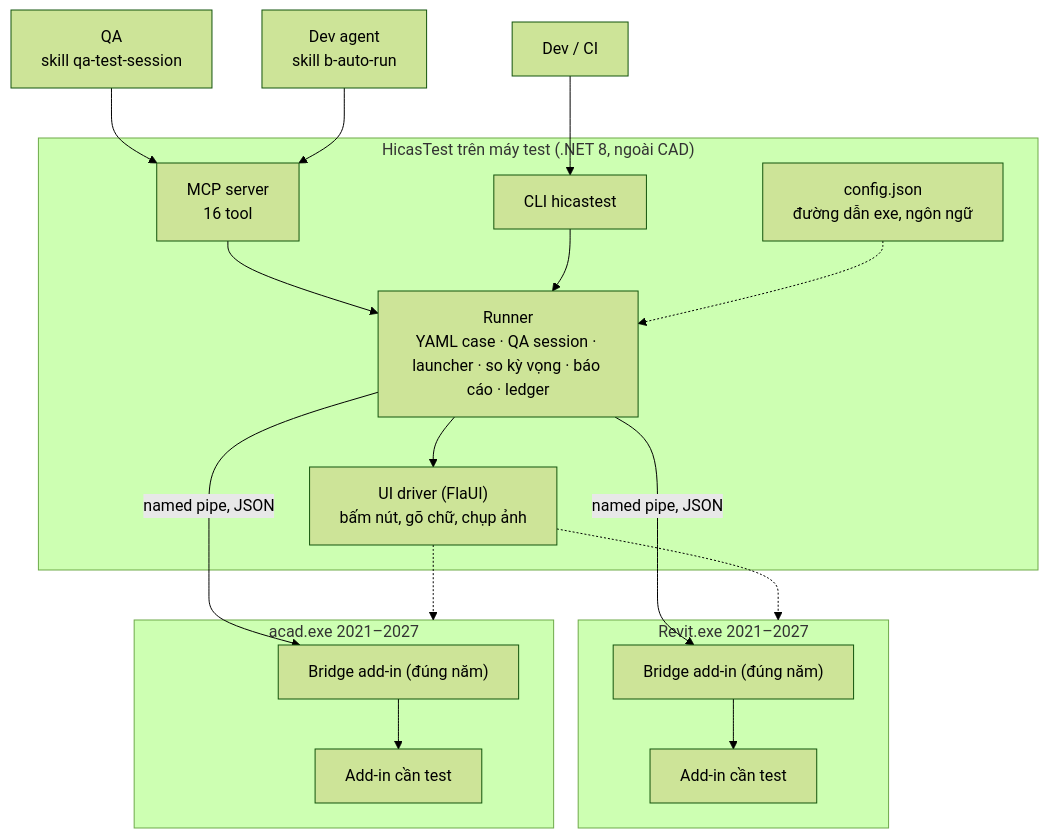
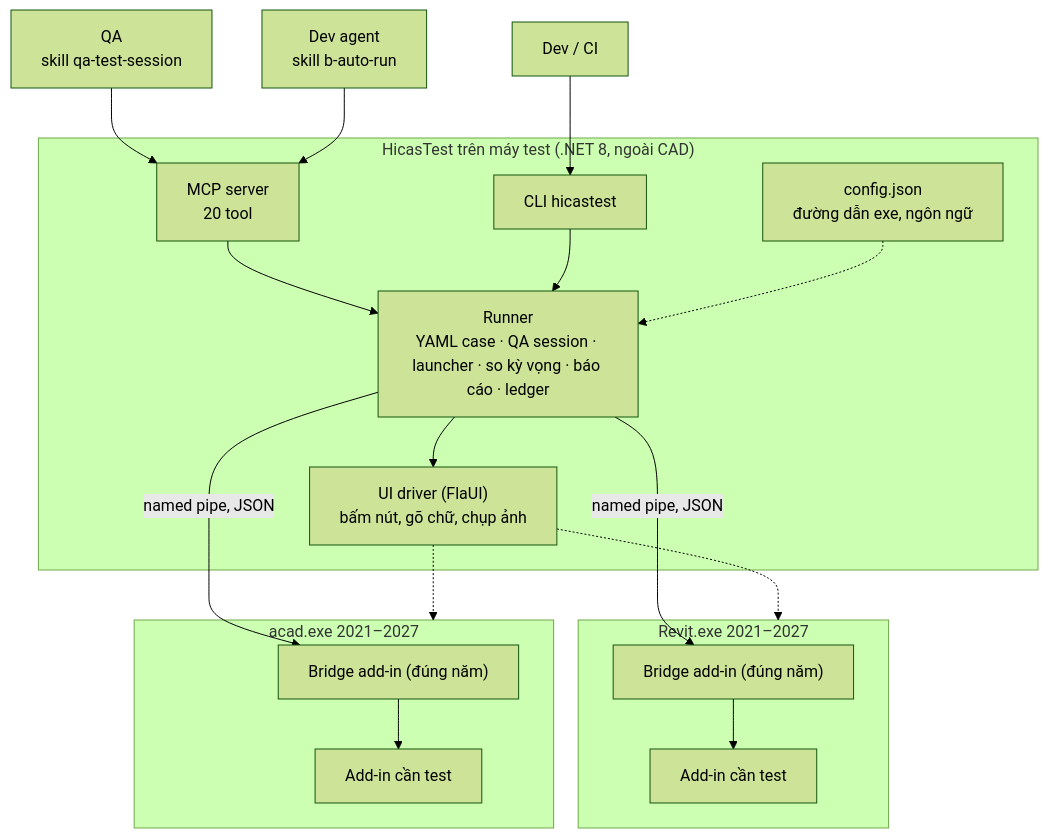
One commit to longpl-1902/hicas-bimcad-test-tool changed the diagram in README.md. Above: the diagram before and after it, drawn with Mermaid (forest theme). The commit also changed other lines of this file and 48 other files, not shown here.

First line of the commit message:
feat: test entries - logic and flow of a feature without a person or a UI (0.2.0)

````diff
--- a/README.md
+++ b/README.md
@@ -39,23 +39,23 @@
 ```mermaid
 flowchart TB
   qa["QA<br/>skill qa-test-session"] --> mcp
   dev["Dev agent<br/>skill b-auto-run"] --> mcp
   ci["Dev / CI"] --> cli
   subgraph tool["HicasTest trên máy test (.NET 8, ngoài CAD)"]
-    mcp["MCP server<br/>16 tool"] --> runner
+    mcp["MCP server<br/>20 tool"] --> runner
     cli["CLI hicastest"] --> runner
     runner["Runner<br/>YAML case · QA session · launcher · so kỳ vọng · báo cáo · ledger"]
     runner --> ui["UI driver (FlaUI)<br/>bấm nút, gõ chữ, chụp ảnh"]
     cfg["config.json<br/>đường dẫn exe, ngôn ngữ"] -.-> runner
   end
   runner -->|"named pipe, JSON"| rb
   runner -->|"named pipe, JSON"| ab
   subgraph revit["Revit.exe 2021–2027"]
     rb["Bridge add-in (đúng năm)"] --> ra["Add-in cần test"]
   end
   subgraph acad["acad.exe 2021–2027"]
     ab["Bridge add-in (đúng năm)"] --> aa["Add-in cần test"]
   end
   ui -.-> revit
   ui -.-> acad
 ```
````
